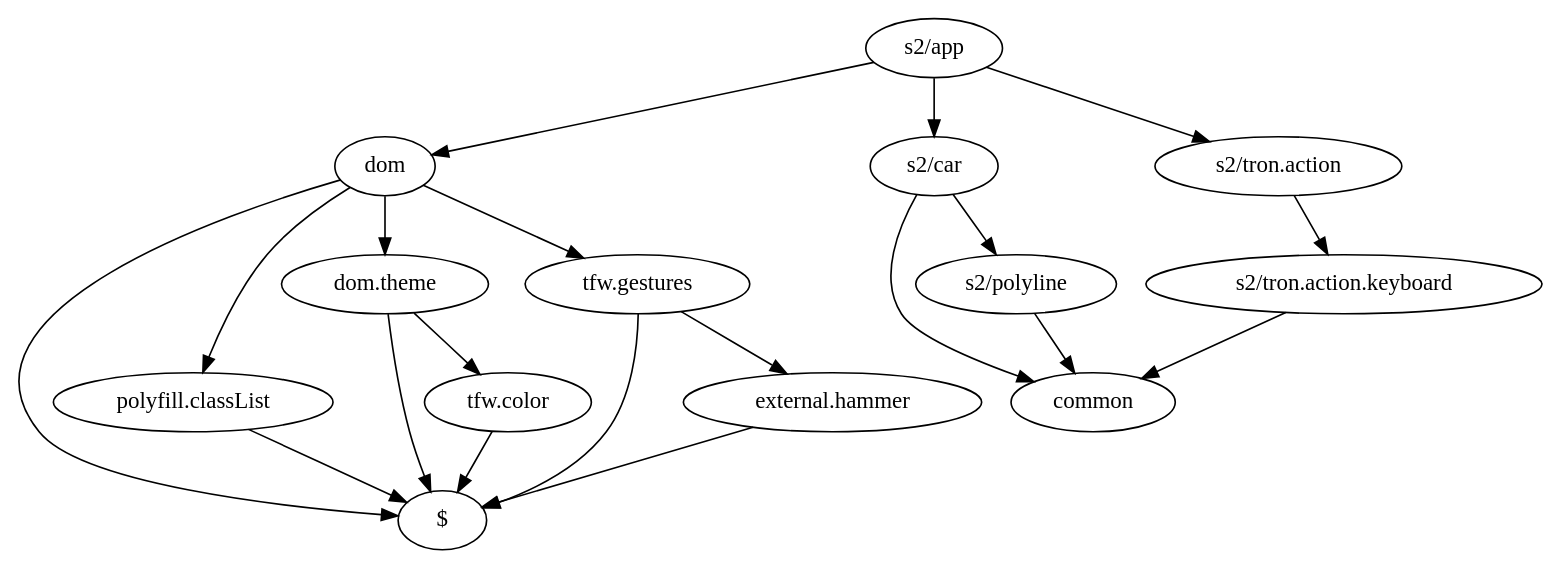
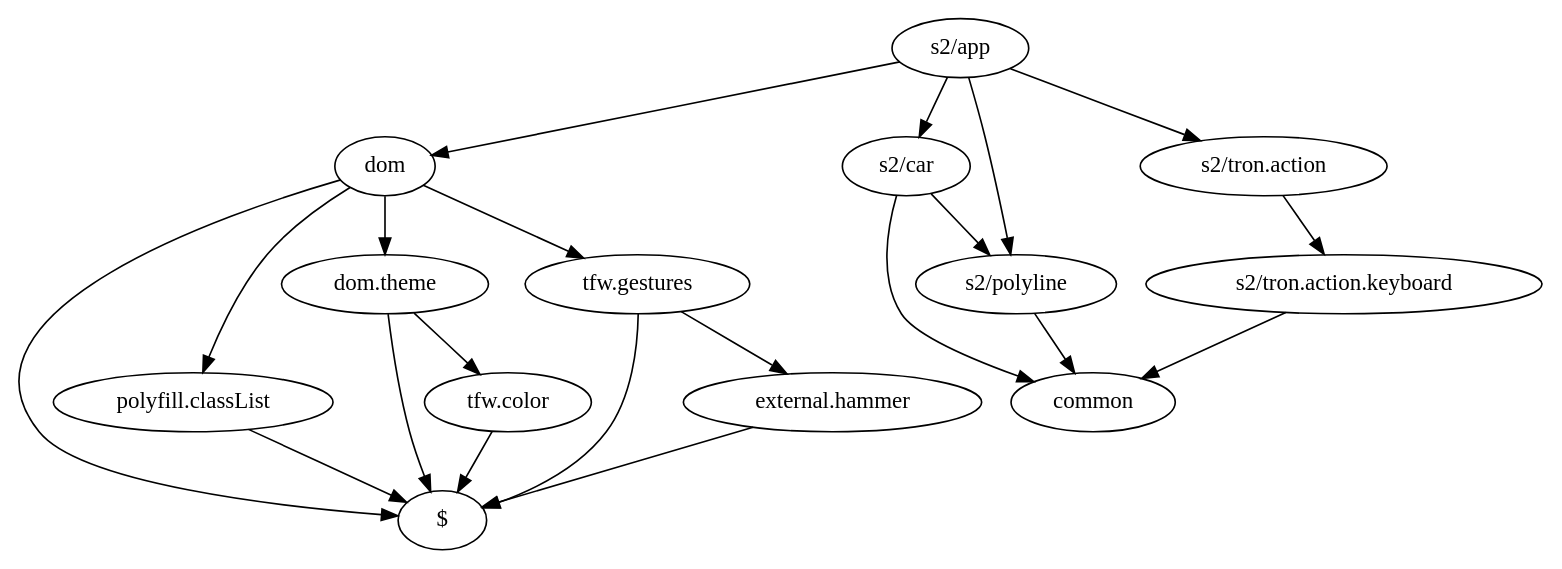
The diagram in doc/s2.html.dot (tolokoban/game-tron), drawn with Graphviz before and after one commit. The commit also changed 11 other files, not shown here.

```diff
--- a/doc/s2.html.dot
+++ b/doc/s2.html.dot
@@ -1,30 +1,32 @@
 digraph dependencies {
     "s2/app" -> "dom"
 
     "s2/app" -> "s2/car"
 
     "s2/app" -> "s2/tron.action"
+
+    "s2/app" -> "s2/polyline"
+    "s2/polyline" -> "common"
     "s2/tron.action" -> "s2/tron.action.keyboard"
     "s2/tron.action.keyboard" -> "common"
     "s2/car" -> "s2/polyline"
 
     "s2/car" -> "common"
-    "s2/polyline" -> "common"
     "dom" -> "$"
 
     "dom" -> "polyfill.classList"
 
     "dom" -> "dom.theme"
 
     "dom" -> "tfw.gestures"
     "tfw.gestures" -> "$"
 
     "tfw.gestures" -> "external.hammer"
     "external.hammer" -> "$"
     "dom.theme" -> "$"
 
     "dom.theme" -> "tfw.color"
     "tfw.color" -> "$"
     "polyfill.classList" -> "$"
 
 }
```
